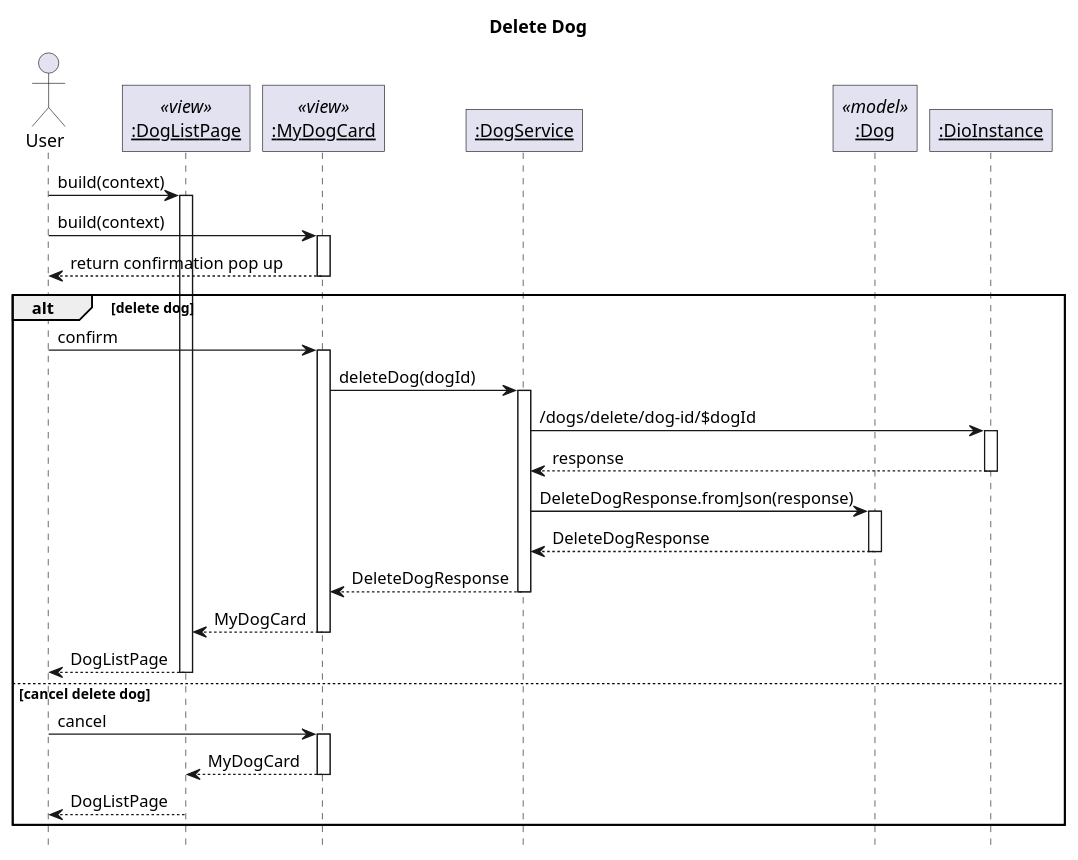
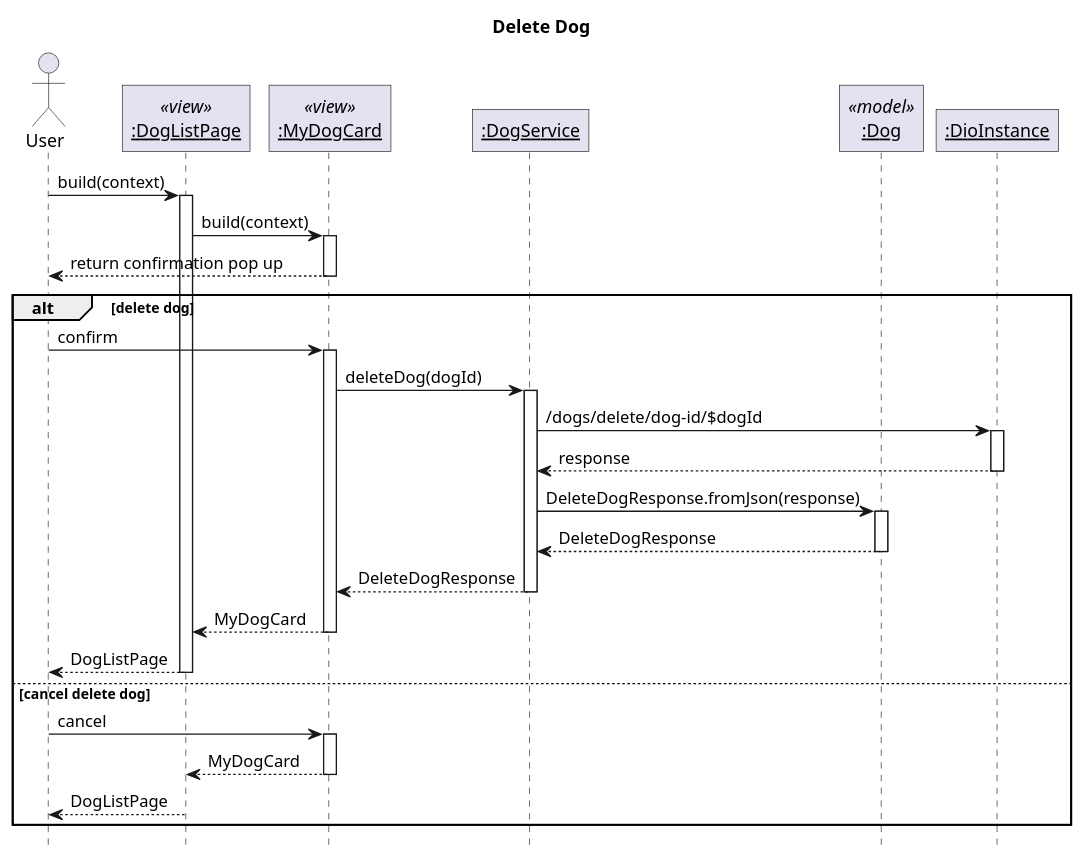
One commit to sharoncedila/FO_woofers changed the diagram in lib/plantuml/sequence/dog/delete dog.puml. Above: the diagram before and after it, drawn with PlantUML. The commit also changed 318 other files, not shown here.

```diff
--- a/lib/plantuml/sequence/dog/delete dog.puml
+++ b/lib/plantuml/sequence/dog/delete dog.puml
@@ -1,39 +1,39 @@
 @startuml DeleteDod
 ' Global param
 title Delete Dog
 autoactivate on
 
 ' Global style configuration
 skinparam RoundCorner 0
 hide footbox
 
 ' Sequence participant configuration
 actor User
 participant "__:DogListPage__" as Page <<view>>
 participant "__:MyDogCard__" as Card <<view>>
 participant "__:DogService__" as Service
 participant "__:Dog__" as Model <<model>>
 participant "__:DioInstance__" as Dio
 
 
 ' Sequence diagram
-User -> Page : build(context)
-User -> Card: build(context)
+User -> Page: build(context) 
+Page -> Card: build(context)
 User <-- Card: return confirmation pop up
 alt delete dog
 User -> Card: confirm
 Card -> Service: deleteDog(dogId)
 Service -> Dio: /dogs/delete/dog-id/$dogId
 Service <-- Dio: response
 Service -> Model: DeleteDogResponse.fromJson(response)
 Service <-- Model: DeleteDogResponse
 Card <-- Service: DeleteDogResponse
 Page <-- Card: MyDogCard
 User <-- Page : DogListPage
 else cancel delete dog
 User -> Card: cancel
 Page <-- Card: MyDogCard
 User <-- Page : DogListPage
 end
 
 @enduml
```
